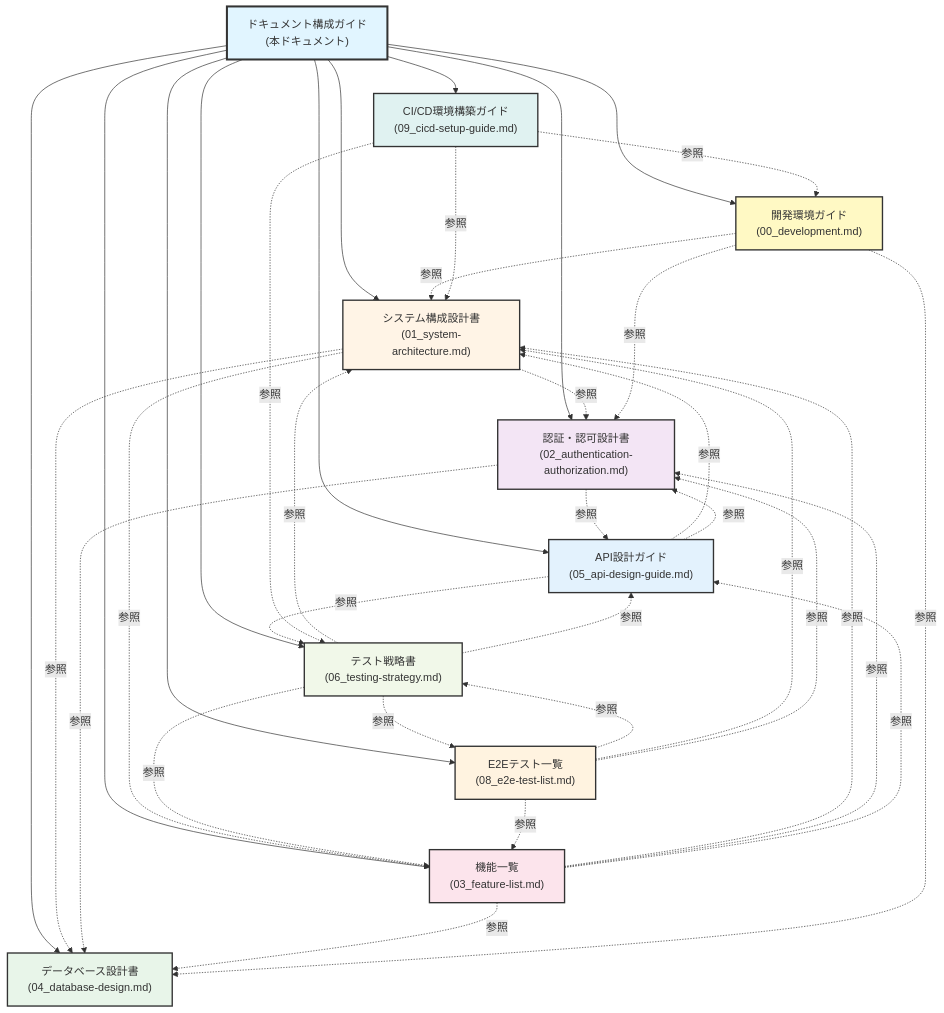
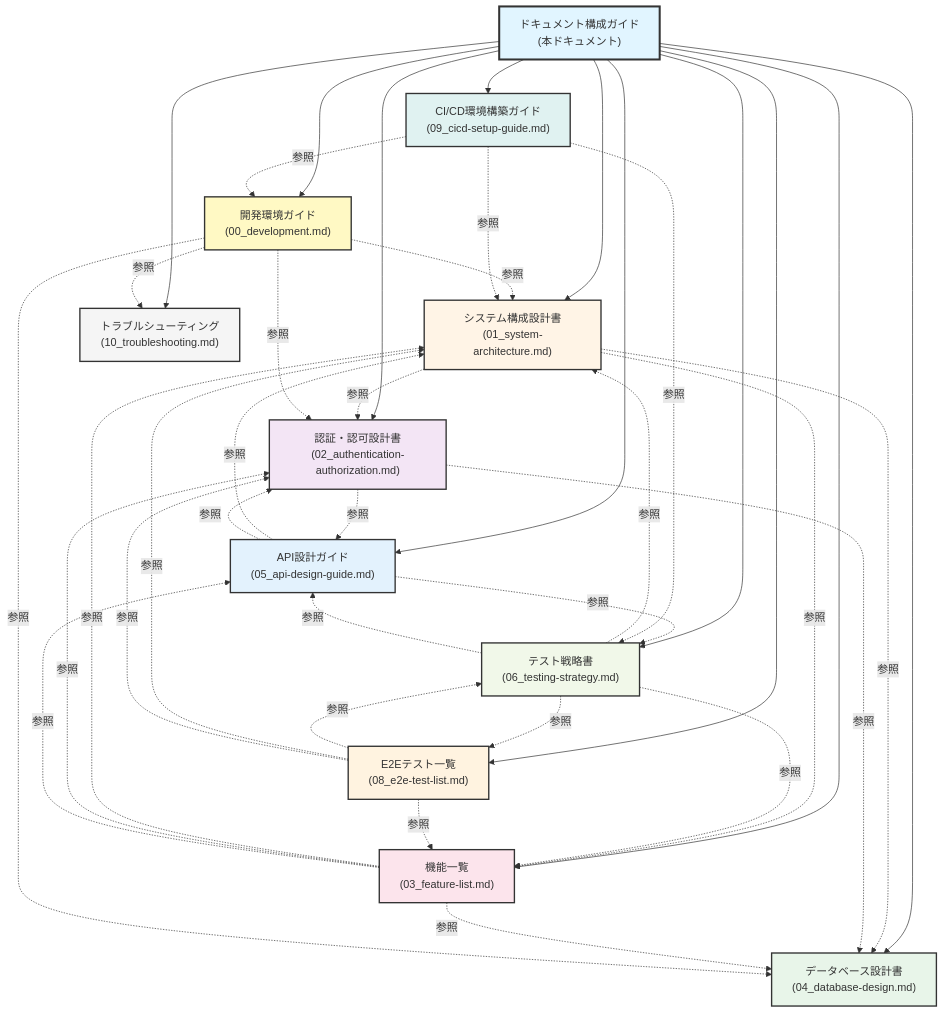
Before and after one commit to TomokiIshimine/fullstack-agent-app-with-claude: the diagram in docs/07_documentation-guide.md, drawn with Mermaid. The commit also changed other lines of this file and 2 other files, not shown here.

````diff
--- a/docs/07_documentation-guide.md
+++ b/docs/07_documentation-guide.md
@@ -38,59 +39,62 @@
 ```mermaid
 graph TB
     DG["ドキュメント構成ガイド<br/>(本ドキュメント)"]
 
     DG --> SA["システム構成設計書<br/>(01_system-architecture.md)"]
     DG --> DB["データベース設計書<br/>(04_database-design.md)"]
     DG --> AA["認証・認可設計書<br/>(02_authentication-authorization.md)"]
     DG --> API["API設計ガイド<br/>(05_api-design-guide.md)"]
     DG --> FL["機能一覧<br/>(03_feature-list.md)"]
     DG --> TEST["テスト戦略書<br/>(06_testing-strategy.md)"]
     DG --> E2E["E2Eテスト一覧<br/>(08_e2e-test-list.md)"]
     DG --> DEV["開発環境ガイド<br/>(00_development.md)"]
     DG --> CICD["CI/CD環境構築ガイド<br/>(09_cicd-setup-guide.md)"]
+    DG --> TS["トラブルシューティング<br/>(10_troubleshooting.md)"]
 
     SA -.参照.-> DB
     SA -.参照.-> AA
     SA -.参照.-> FL
 
     AA -.参照.-> DB
     AA -.参照.-> API
 
     API -.参照.-> SA
     API -.参照.-> AA
     API -.参照.-> TEST
 
     FL -.参照.-> SA
     FL -.参照.-> DB
     FL -.参照.-> AA
     FL -.参照.-> API
 
     TEST -.参照.-> SA
     TEST -.参照.-> API
     TEST -.参照.-> FL
     TEST -.参照.-> E2E
 
     E2E -.参照.-> TEST
     E2E -.参照.-> FL
     E2E -.参照.-> SA
     E2E -.参照.-> AA
 
     DEV -.参照.-> SA
     DEV -.参照.-> DB
     DEV -.参照.-> AA
+    DEV -.参照.-> TS
 
     CICD -.参照.-> DEV
     CICD -.参照.-> TEST
     CICD -.参照.-> SA
 
     style DG fill:#e1f5ff,stroke:#333,stroke-width:3px
     style SA fill:#fff4e6,stroke:#333,stroke-width:2px
     style DB fill:#e8f5e9,stroke:#333,stroke-width:2px
     style AA fill:#f3e5f5,stroke:#333,stroke-width:2px
     style API fill:#e3f2fd,stroke:#333,stroke-width:2px
     style FL fill:#fce4ec,stroke:#333,stroke-width:2px
     style TEST fill:#f1f8e9,stroke:#333,stroke-width:2px
     style E2E fill:#fff3e0,stroke:#333,stroke-width:2px
     style DEV fill:#fff9c4,stroke:#333,stroke-width:2px
     style CICD fill:#e0f2f1,stroke:#333,stroke-width:2px
+    style TS fill:#f5f5f5,stroke:#333,stroke-width:2px
 ```
````
